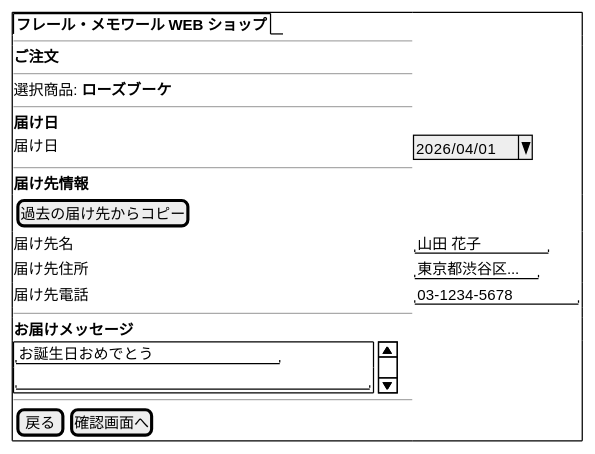
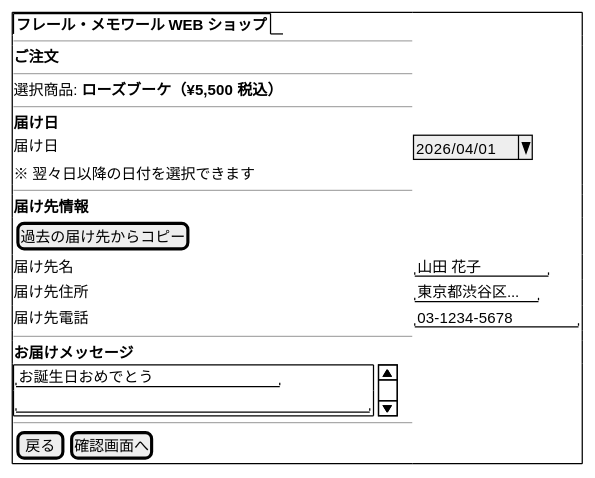
The fourth of 14 diagrams in docs/design/ui-design.md (k2works/case-study-sdd-development), drawn with PlantUML before and after one commit. The commit also changed other lines of this file and 2 other files, not shown here.

````diff
--- a/docs/design/ui-design.md
+++ b/docs/design/ui-design.md
@@ -117,28 +120,29 @@
 ```plantuml
 @startsalt
 {+
   {/ <b>フレール・メモワール WEB ショップ }
   ---
   <b>ご注文
   ---
-  選択商品: <b>ローズブーケ
+  選択商品: <b>ローズブーケ（¥5,500 税込）
   ---
   <b>届け日
   届け日 | ^2026/04/01^
+  ※ 翌々日以降の日付を選択できます
   ---
   <b>届け先情報
   { [ 過去の届け先からコピー ] }
   届け先名   | "山田 花子        "
   届け先住所 | "東京都渋谷区...   "
   届け先電話 | "03-1234-5678    "
   ---
   <b>お届けメッセージ
   {SI
     "お誕生日おめでとう                 "
     "                                   "
   }
   ---
   { [ 戻る ] | [ 確認画面へ ] }
 }
 @endsalt
 ```
````
